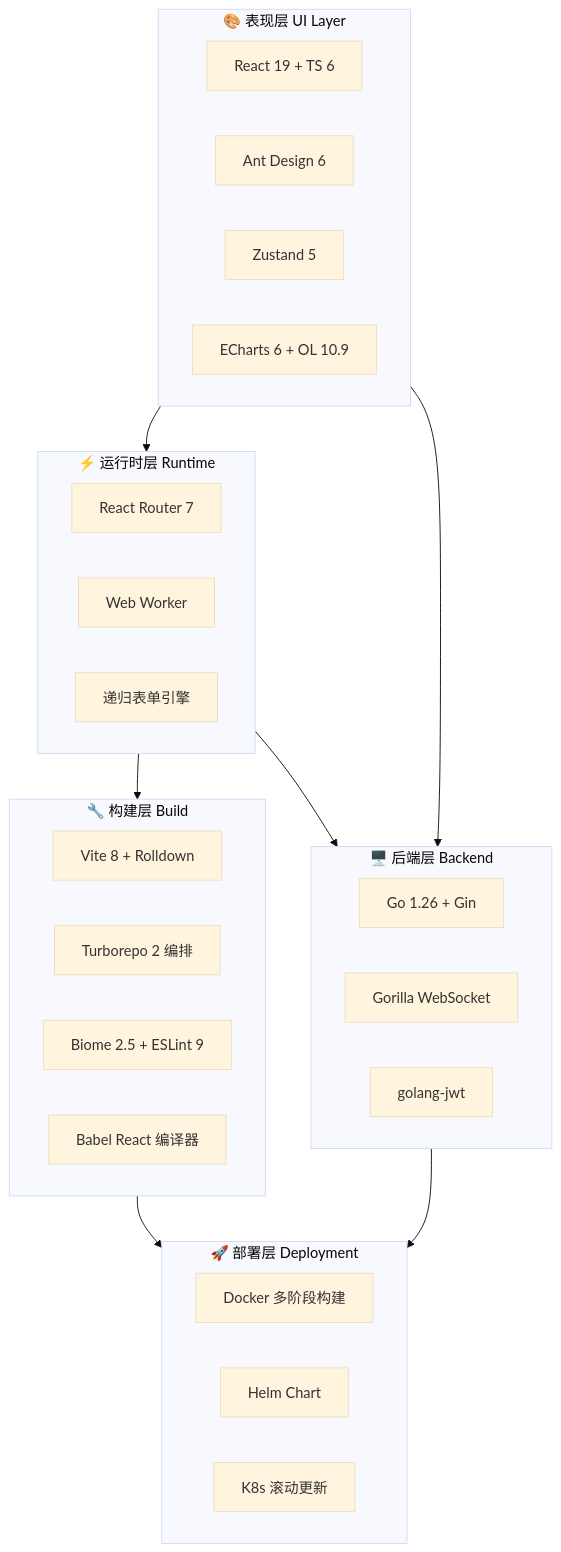
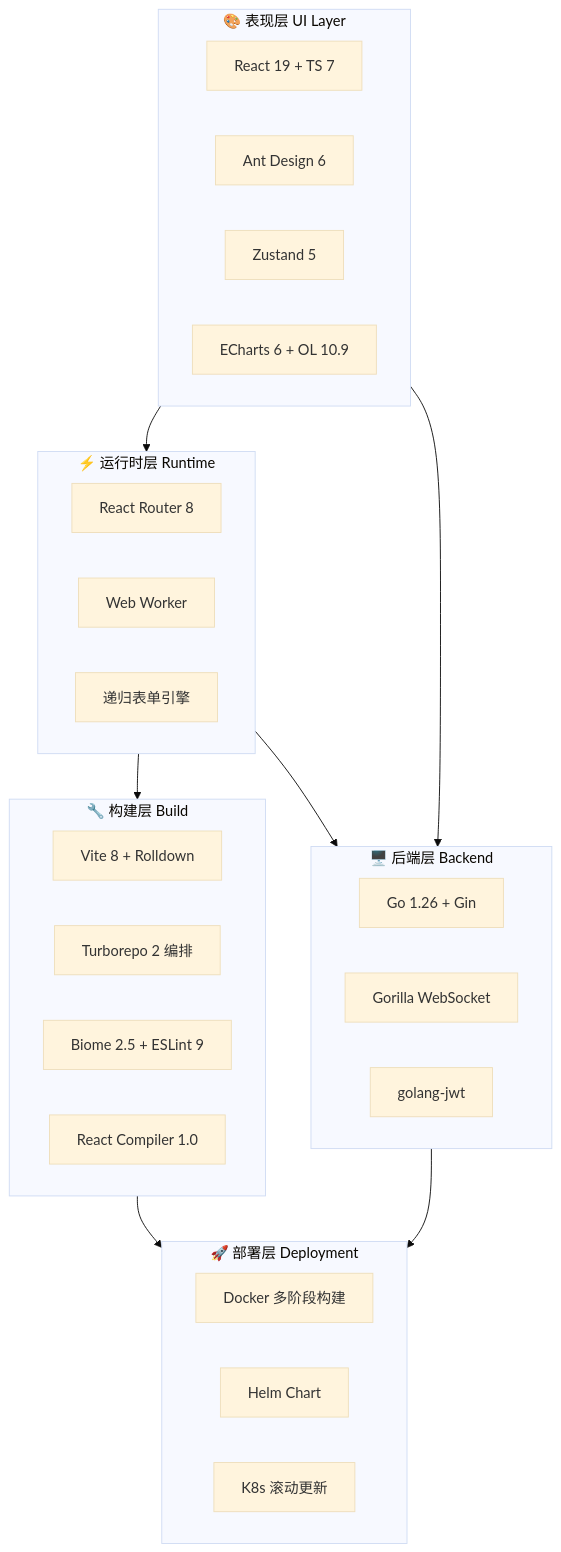
One commit to KMaybe01/interview-demo changed the second of 49 diagrams in docs/S4-面试冲刺/00-面试技术亮点汇总.md. Above: the diagram before and after it, drawn with Mermaid (base theme). The commit also changed other lines of this file and 87 other files, not shown here.

````diff
--- a/docs/S4-面试冲刺/00-面试技术亮点汇总.md
+++ b/docs/S4-面试冲刺/00-面试技术亮点汇总.md
@@ -74,40 +74,40 @@
 ```mermaid
 graph TB
     subgraph UI["🎨 表现层 UI Layer"]
-        React["React 19 + TS 6"]
+        React["React 19 + TS 7"]
         Antd["Ant Design 6"]
         Zustand["Zustand 5"]
         Charts["ECharts 6 + OL 10.9"]
     end
 
     subgraph Runtime["⚡ 运行时层 Runtime"]
-        Router["React Router 7"]
+        Router["React Router 8"]
         Worker["Web Worker"]
         Form["递归表单引擎"]
     end
 
     subgraph Build["🔧 构建层 Build"]
         Vite["Vite 8 + Rolldown"]
         Turbo["Turborepo 2 编排"]
         Biome["Biome 2.5 + ESLint 9"]
-        Babel["Babel React 编译器"]
+        Babel["React Compiler 1.0"]
     end
 
     subgraph Backend["🖥️ 后端层 Backend"]
         Go["Go 1.26 + Gin"]
         WS["Gorilla WebSocket"]
         JWT["golang-jwt"]
     end
 
     subgraph Deploy["🚀 部署层 Deployment"]
         Docker["Docker 多阶段构建"]
         Helm["Helm Chart"]
         K8s["K8s 滚动更新"]
     end
 
     UI --> Runtime --> Build
     UI --> Backend
     Runtime --> Backend
     Build --> Deploy
     Backend --> Deploy
 ```
````
